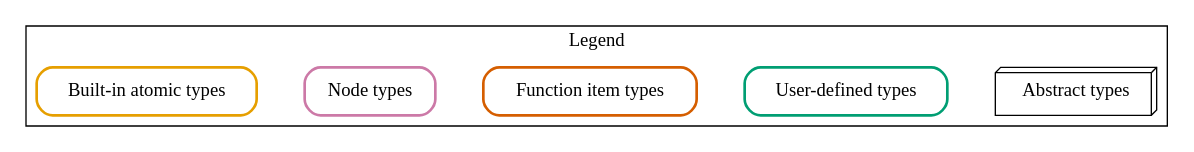
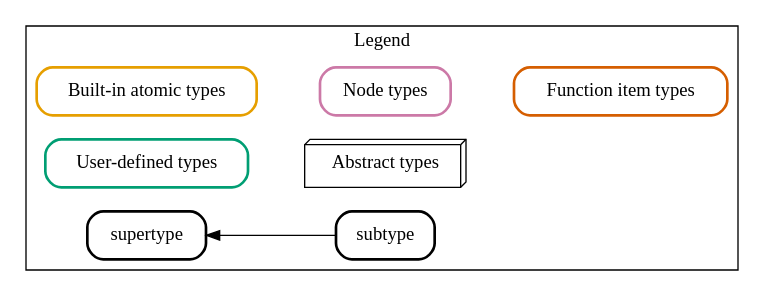
One commit to qt4cg/qtspecs changed the diagram in specifications/xpath-datamodel-40/image-sources/item-legend.dot. Above: the diagram before and after it, drawn with Graphviz. The commit also changed 2 other files, not shown here.

```diff
--- a/specifications/xpath-datamodel-40/image-sources/item-legend.dot
+++ b/specifications/xpath-datamodel-40/image-sources/item-legend.dot
@@ -1,23 +1,32 @@
 digraph {
   rankdir=LR;
 
   subgraph cluster_legend {
     label = "Legend"
     _bat [shape="box", style="rounded",
           color="#e69f00", penwidth=2,
           label="Built-in atomic types"]
     _nod [shape="box", style="rounded",
           color="#cc79a7", penwidth=2,
           label="Node types"]
     _fit [shape="box", style="rounded",
           color="#d55e00", penwidth=2,
           label="Function item types"]
     _udt [shape="box", style="rounded",
           color="#009e73", penwidth=2,
           label="User-defined types"]
     _abt [shape="box3d",
           color="black", penwidth=1,
           label="Abstract types"]
-    _bat -> _nod -> _fit -> _udt -> _abt [style=invis]
+    _type [shape="box", style="rounded",
+          color="#000000", penwidth=2,
+          label="supertype"]
+    _stype [shape="box", style="rounded",
+            color="#000000", penwidth=2,
+            label="subtype"]
+
+    _bat -> _nod -> _fit [style=invis]
+    _udt -> _abt [style=invis]
+    _type -> _stype [dir=back]
   }
 }
```
